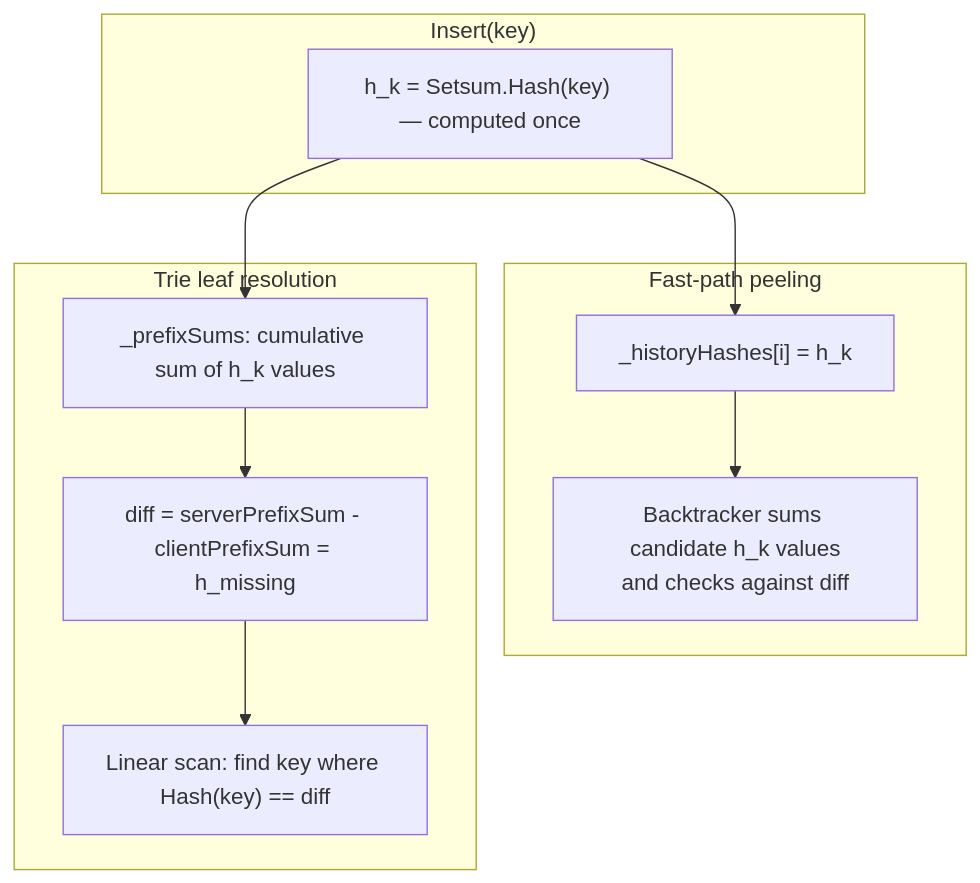
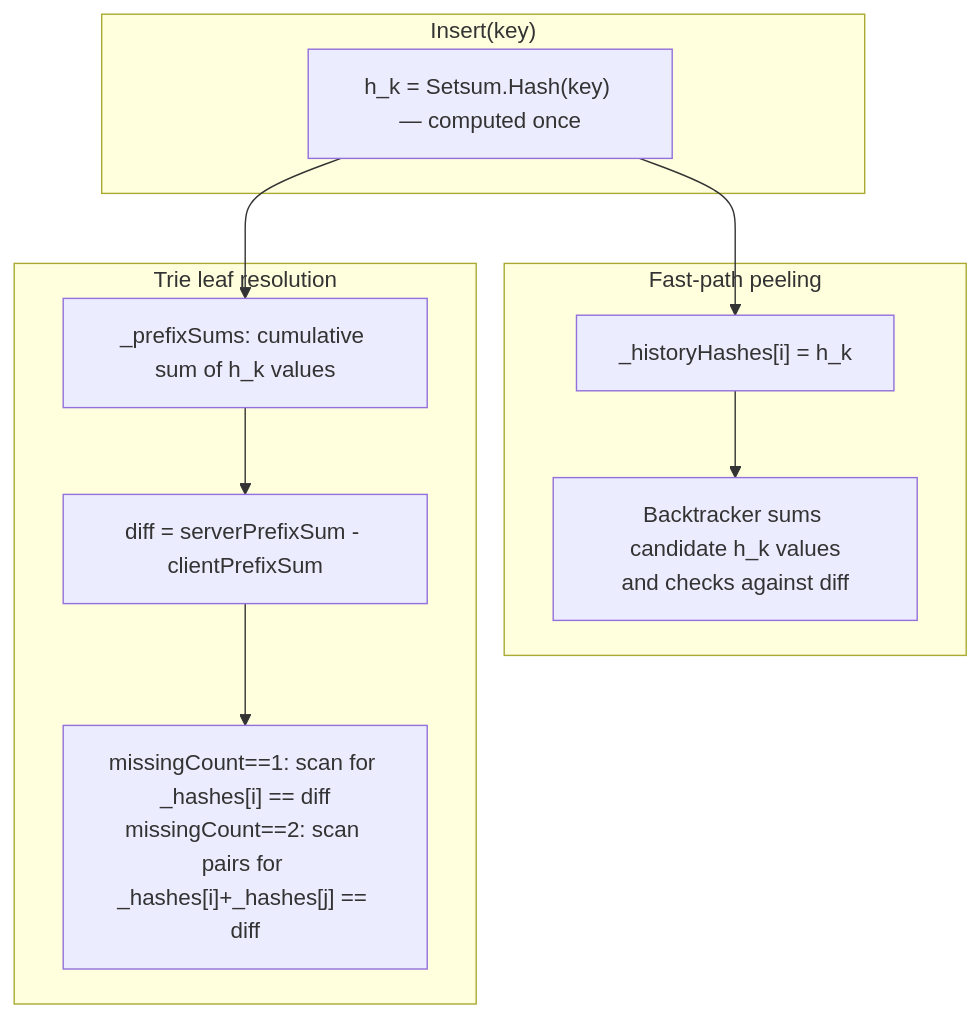
The sixth of 7 diagrams in SetSum/Sync/README.md (arj03/setsum-cs), drawn with Mermaid before and after one commit. The commit also changed other lines of this file and 3 other files, not shown here.

Commit message:
Optimize the case for diff 2 in prefix search

````diff
--- a/SetSum/Sync/README.md
+++ b/SetSum/Sync/README.md
@@ -190,22 +205,22 @@
 ```mermaid
 graph TD
     subgraph "Insert(key)"
         HK["h_k = Setsum.Hash(key) — computed once"]
     end
 
     subgraph "Fast-path peeling"
         HH["_historyHashes[i] = h_k"]
         PE["Backtracker sums candidate h_k values<br/>and checks against diff"]
         HH --> PE
     end
 
     subgraph "Trie leaf resolution"
         PS["_prefixSums: cumulative sum of h_k values"]
-        RH["diff = serverPrefixSum - clientPrefixSum = h_missing"]
-        SC["Linear scan: find key where Hash(key) == diff"]
+        RH["diff = serverPrefixSum - clientPrefixSum"]
+        SC["missingCount==1: scan for _hashes[i] == diff<br/>missingCount==2: scan pairs for _hashes[i]+_hashes[j] == diff"]
         PS --> RH --> SC
     end
 
     HK --> HH
     HK --> PS
 ```
````
